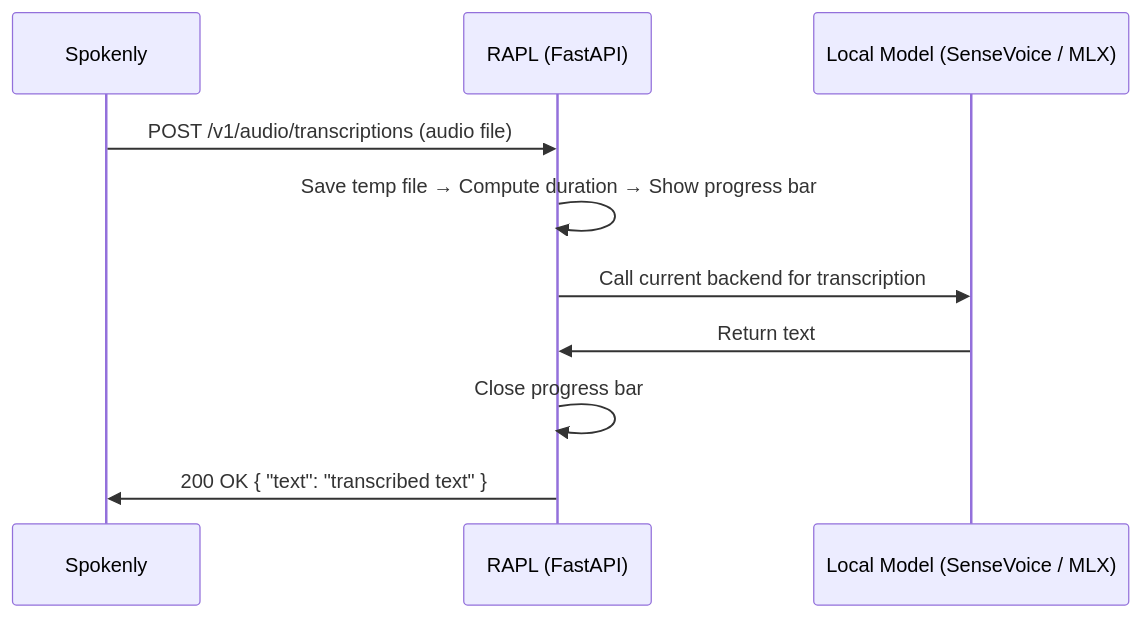
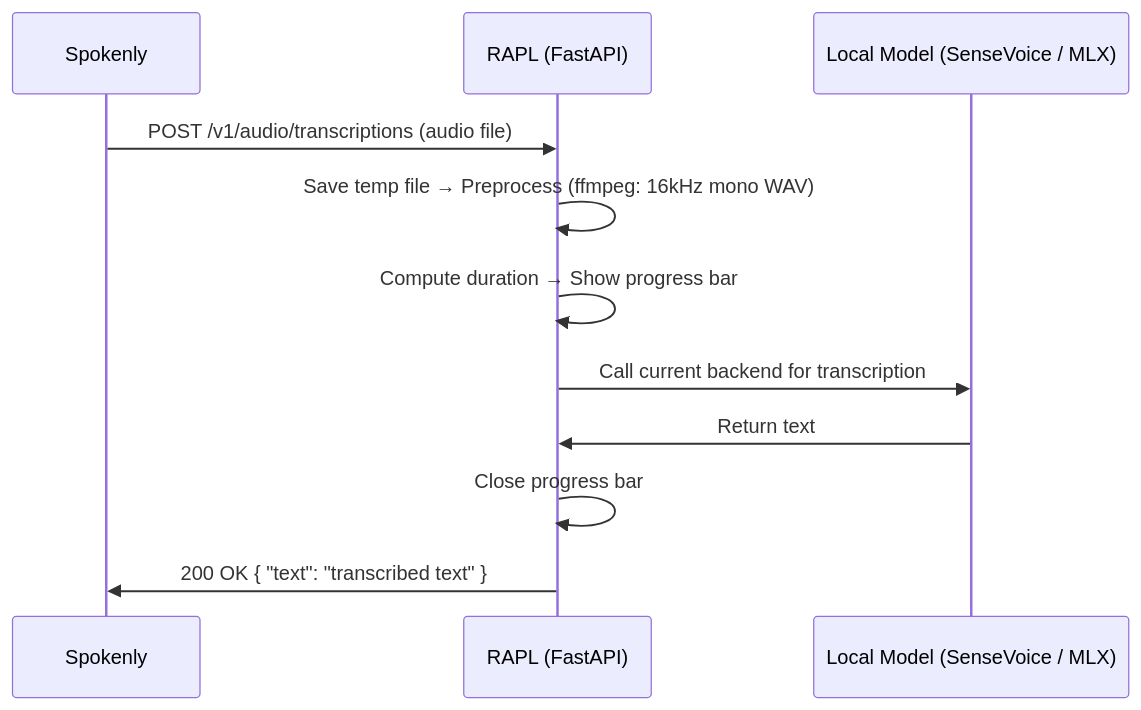
One commit to klynwuu/local-asr-api changed the second of 2 diagrams in README.md. Above: the diagram before and after it, drawn with Mermaid. The commit also changed other lines of this file and 1 other file, not shown here.

First line of the commit message:
feat: add audio preprocessing (ffmpeg 16kHz mono) and fix MLX Metal threading crash

````diff
--- a/README.md
+++ b/README.md
@@ -138,13 +165,14 @@
 ```mermaid
 sequenceDiagram
     participant S as Spokenly
     participant R as RAPL (FastAPI)
     participant M as Local Model (SenseVoice / MLX)
 
     S->>R: POST /v1/audio/transcriptions (audio file)
-    R->>R: Save temp file → Compute duration → Show progress bar
+    R->>R: Save temp file → Preprocess (ffmpeg: 16kHz mono WAV)
+    R->>R: Compute duration → Show progress bar
     R->>M: Call current backend for transcription
     M->>R: Return text
     R->>R: Close progress bar
     R->>S: 200 OK { "text": "transcribed text" }
 ```
````
